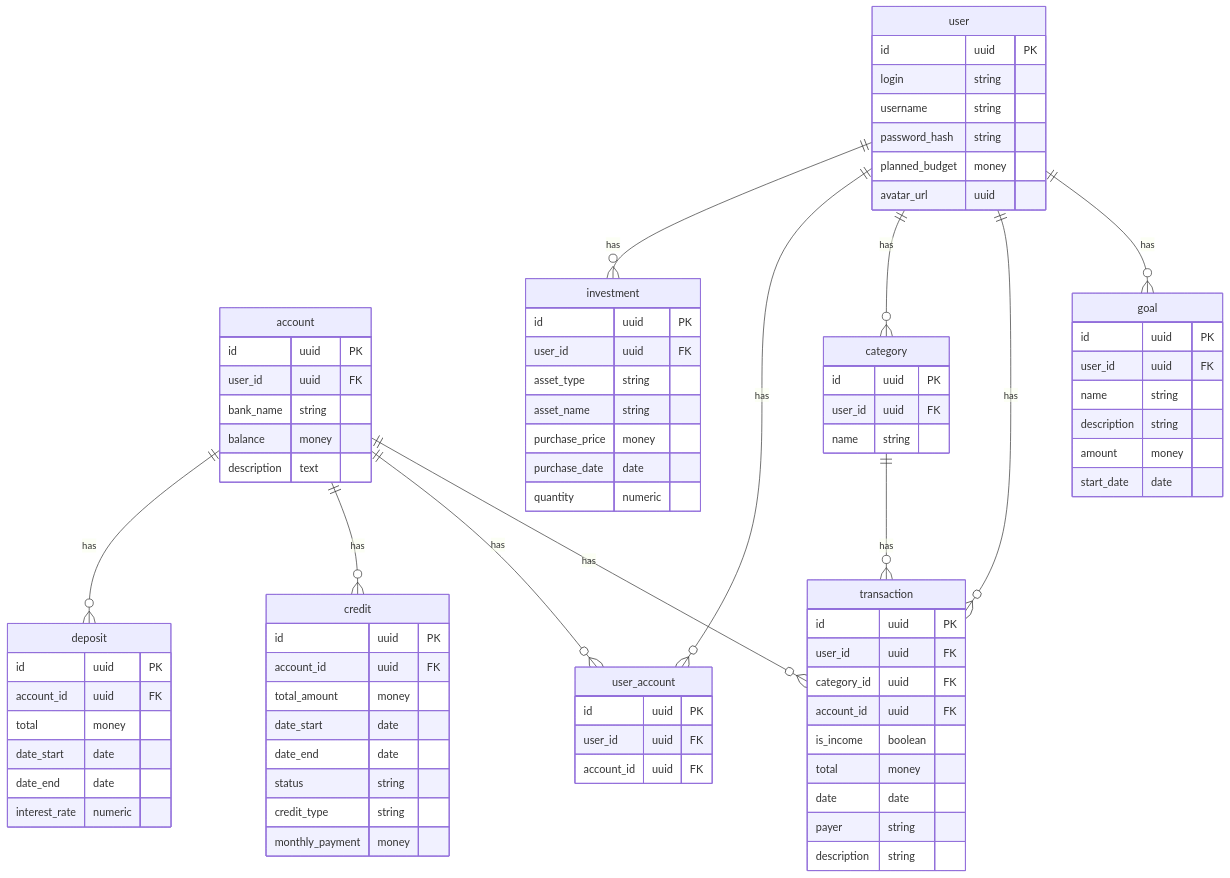
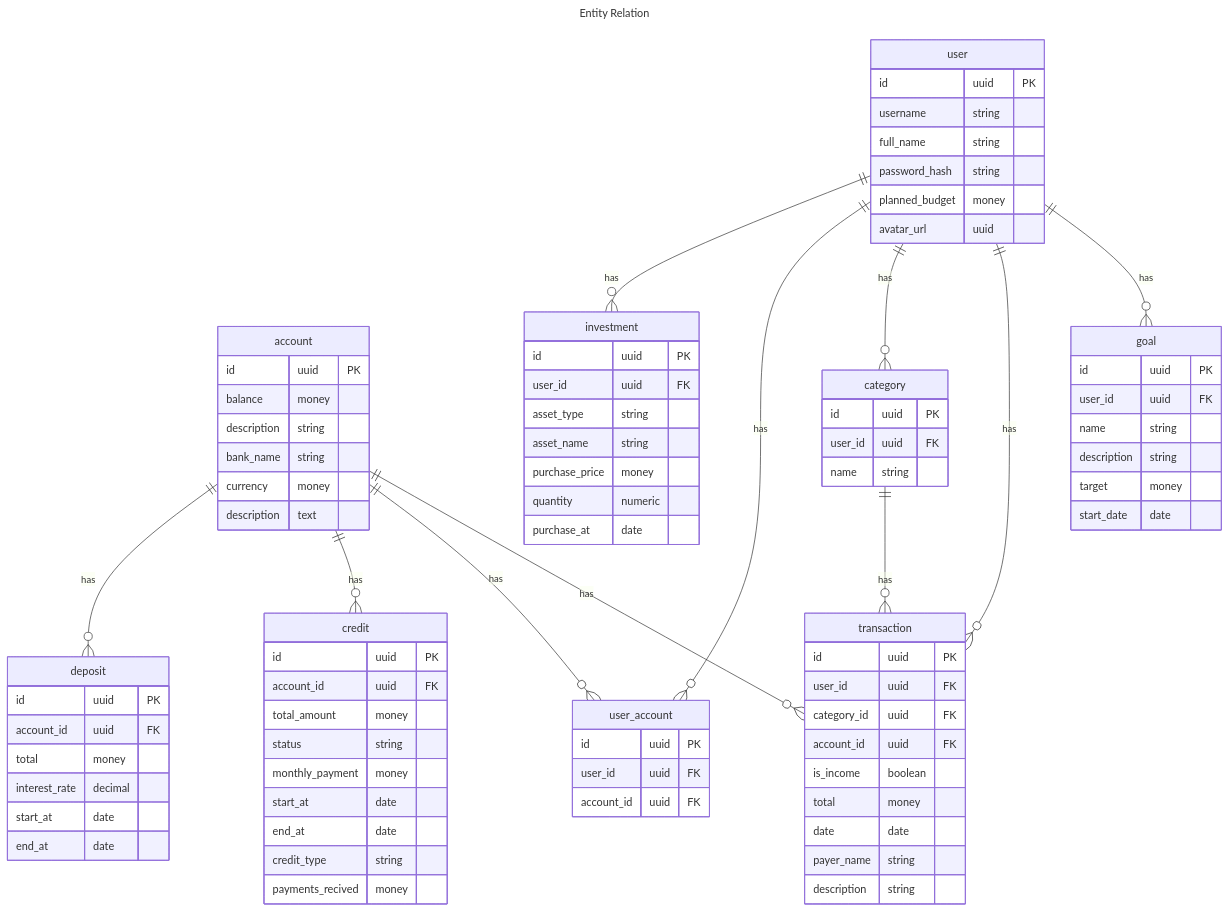
The diagram in db/normalized/relations.md (go-park-mail-ru/2023_2_Hamster), drawn with Mermaid before and after one commit. The commit also changed other lines of this file and 1 other file, not shown here.

Commit message:
relation update

````diff
--- a/db/normalized/relations.md
+++ b/db/normalized/relations.md
@@ -37,9 +37,12 @@
 ```mermaid
+---
+title: Entity Relation
+---
 erDiagram
     user {
         id              uuid PK
-        login           string
         username        string
+        full_name       string
         password_hash   string
         planned_budget  money
         avatar_url      uuid
@@ -47,10 +50,17 @@
 
     account {
         id           uuid PK
-        user_id      uuid FK
+        balance      money
+        description  string
         bank_name    string
-        balance      money
+        currency     money
         description  text
+    }
+
+    user_account {
+        id         uuid  PK
+        user_id    uuid  FK
+        account_id uuid  FK
     }
     
     category {
@@ -67,14 +77,8 @@
         is_income   boolean
         total       money
         date        date
-        payer       string
+        payer_name  string
         description string
-    }
-    
-    user_account {
-        id         uuid  PK
-        user_id    uuid  FK
-        account_id uuid  FK
     }
 
     goal {
@@ -82,37 +86,39 @@
         user_id     uuid  FK
         name        string
         description string
-        amount      money
+        target      money
         start_date  date
     }
+
     investment {
-        id uuid  PK
-        user_id uuid  FK
-        asset_type string
-        asset_name string
-        purchase_price money 
-        purchase_date date
-        quantity numeric
+        id             uuid  PK
+        user_id        uuid  FK
+        asset_type     string
+        asset_name     string
+        purchase_price money
+        quantity       numeric 
+        purchase_at    date
     }
 
     credit {
-        id              uuid  PK
-        account_id      uuid  FK        
-        total_amount    money
-        date_start      date
-        date_end        date
-        status          string
-        credit_type     string
-        monthly_payment money
+        id               uuid  PK
+        account_id       uuid  FK        
+        total_amount     money
+        status           string
+        monthly_payment  money
+        start_at         date
+        end_at           date
+        credit_type      string
+        payments_recived money
     }
     
     deposit {
         id            uuid  PK
         account_id    uuid  FK
         total         money
-        date_start    date
-        date_end      date
-        interest_rate numeric
+        interest_rate decimal
+        start_at      date
+        end_at        date
     }
 
     account ||--o{ deposit : has
````
